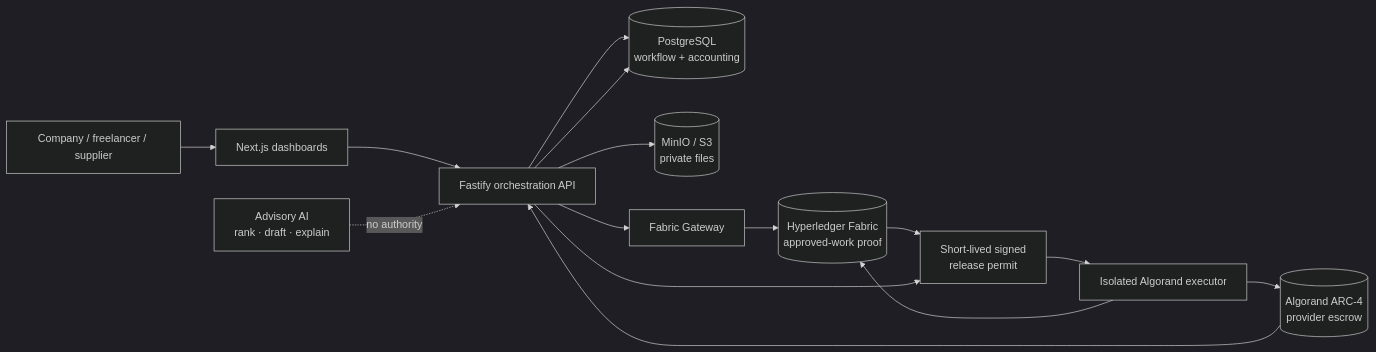
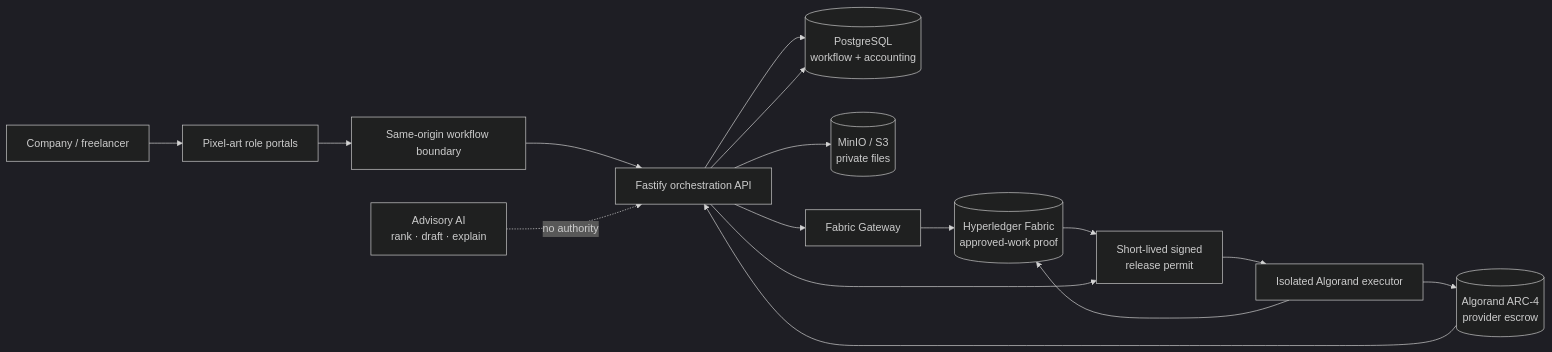
One commit to Preethesh16/HardCoders_ changed the diagram in README.md. Above: the diagram before and after it, drawn with Mermaid (dark theme). The commit also changed other lines of this file and 6 other files, not shown here.

````diff
--- a/README.md
+++ b/README.md
@@ -59,20 +77,21 @@
 ```mermaid
 flowchart LR
-    U[Company / freelancer / supplier] --> W[Next.js dashboards]
-    W --> A[Fastify orchestration API]
+    U[Company / freelancer] --> W[Pixel-art role portals]
+    W --> B[Same-origin workflow boundary]
+    B --> A[Fastify orchestration API]
 
     A --> P[(PostgreSQL<br/>workflow + accounting)]
     A --> O[(MinIO / S3<br/>private files)]
     A --> F[Fabric Gateway]
     F --> H[(Hyperledger Fabric<br/>approved-work proof)]
 
     H --> R[Short-lived signed<br/>release permit]
     A --> R
     R --> E[Isolated Algorand executor]
     E --> H
     E --> G[(Algorand ARC-4<br/>provider escrow)]
     G --> A
     A --> P
 
     AI[Advisory AI<br/>rank · draft · explain] -. no authority .-> A
 ```
````
